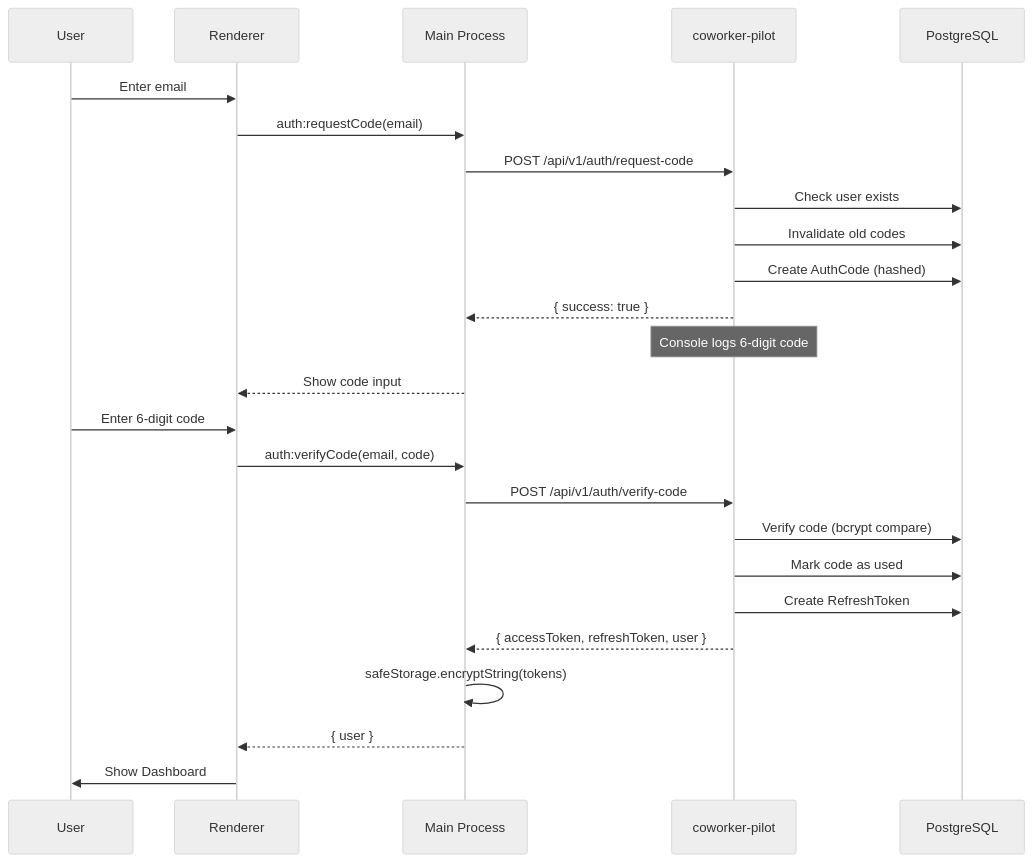
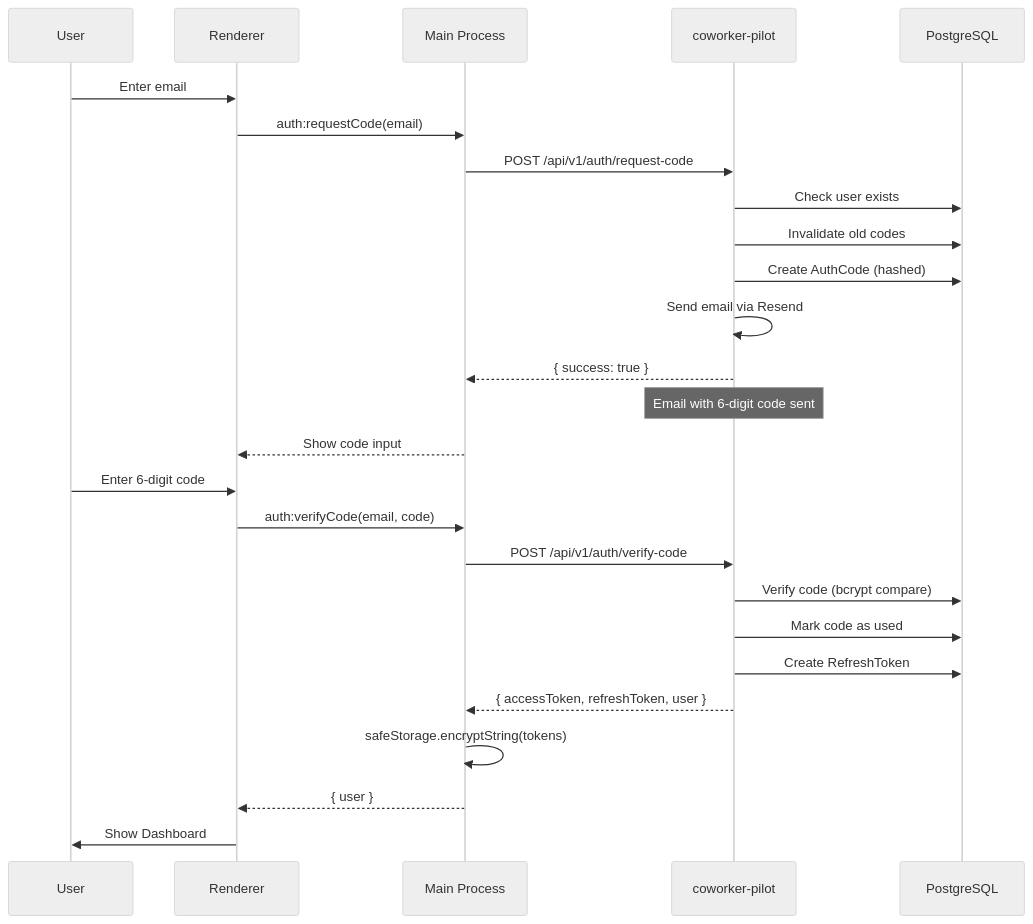
Before and after one commit to alecmccauley/coworker: the first of 2 diagrams in docs/authentication.md, drawn with Mermaid (neutral theme). The commit also changed other lines of this file and 19 other files, not shown here.

First line of the commit message:
Enhance knowledge source management and database schema

````diff
--- a/docs/authentication.md
+++ b/docs/authentication.md
@@ -54,29 +54,30 @@
 ```mermaid
 sequenceDiagram
     participant User
     participant Renderer
     participant Main as Main Process
     participant API as coworker-pilot
     participant DB as PostgreSQL
 
     User->>Renderer: Enter email
     Renderer->>Main: auth:requestCode(email)
     Main->>API: POST /api/v1/auth/request-code
     API->>DB: Check user exists
     API->>DB: Invalidate old codes
     API->>DB: Create AuthCode (hashed)
+    API->>API: Send email via Resend
     API-->>Main: { success: true }
-    Note over API: Console logs 6-digit code
+    Note over API: Email with 6-digit code sent
     Main-->>Renderer: Show code input
 
     User->>Renderer: Enter 6-digit code
     Renderer->>Main: auth:verifyCode(email, code)
     Main->>API: POST /api/v1/auth/verify-code
     API->>DB: Verify code (bcrypt compare)
     API->>DB: Mark code as used
     API->>DB: Create RefreshToken
     API-->>Main: { accessToken, refreshToken, user }
     Main->>Main: safeStorage.encryptString(tokens)
     Main-->>Renderer: { user }
     Renderer->>User: Show Dashboard
 ```
````
